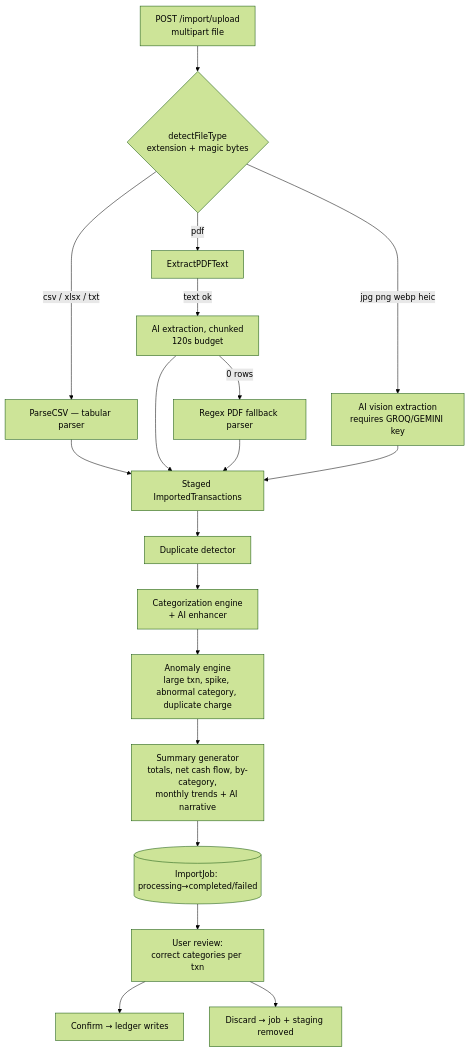
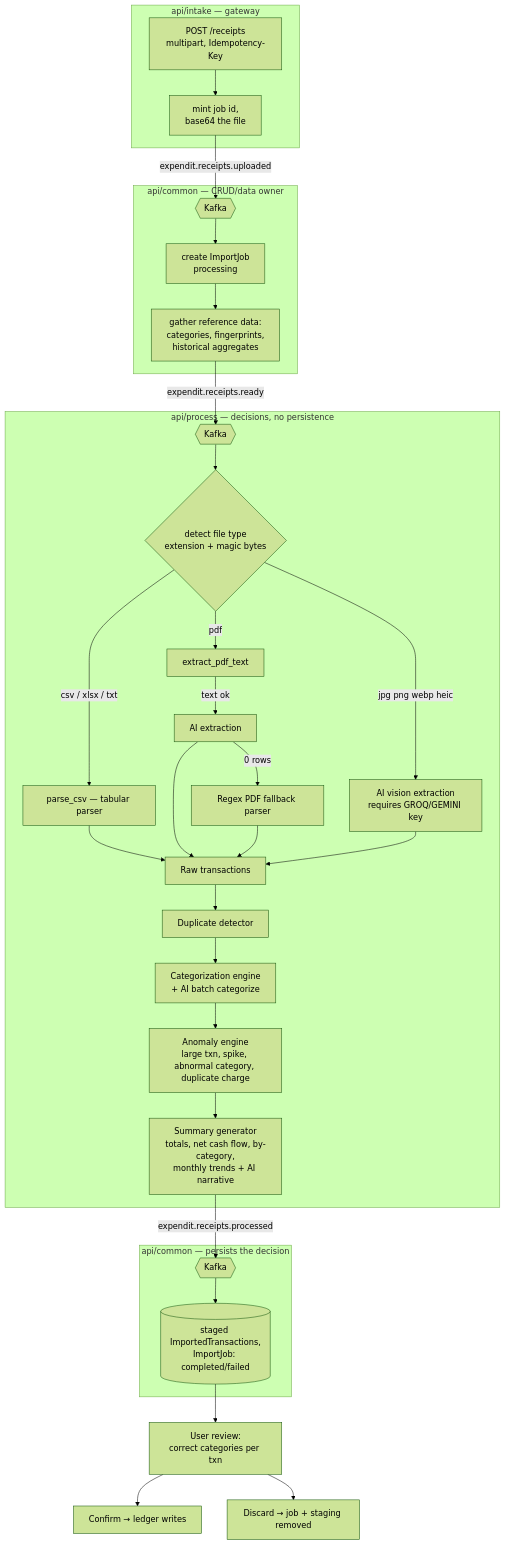
The third of 7 diagrams in docs/architecture.md (cuesoftinc/expendit), drawn with Mermaid (forest theme) before and after one commit. The commit also changed other lines of this file and 68 other files, not shown here.

````diff
--- a/docs/architecture.md
+++ b/docs/architecture.md
@@ -104,21 +152,42 @@
 ```mermaid
 flowchart TD
-    UP[POST /import/upload<br/>multipart file] --> DET{detectFileType<br/>extension + magic bytes}
-    DET -->|csv / xlsx / txt| CSV[ParseCSV — tabular parser]
-    DET -->|pdf| PDFT[ExtractPDFText]
-    PDFT -->|text ok| AIX[AI extraction, chunked<br/>120s budget]
-    AIX -->|0 rows| RGX[Regex PDF fallback parser]
-    DET -->|jpg png webp heic| VIS[AI vision extraction<br/>requires GROQ/GEMINI key]
-    CSV --> STAGE
-    AIX --> STAGE
-    RGX --> STAGE
-    VIS --> STAGE
-    STAGE[Staged ImportedTransactions] --> DUP[Duplicate detector]
-    DUP --> CAT[Categorization engine<br/>+ AI enhancer]
-    CAT --> ANOM[Anomaly engine<br/>large txn, spike, abnormal category, duplicate charge]
-    ANOM --> SUM[Summary generator<br/>totals, net cash flow, by-category,<br/>monthly trends + AI narrative]
-    SUM --> JOB[(ImportJob: processing→completed/failed)]
-    JOB --> REVIEW[User review:<br/>correct categories per txn]
+    subgraph "api/intake — gateway"
+        UP[POST /receipts<br/>multipart, Idempotency-Key] --> MINT[mint job id,<br/>base64 the file]
+    end
+
+    MINT -->|expendit.receipts.uploaded| K1{{Kafka}}
+
+    subgraph "api/common — CRUD/data owner"
+        K1 --> CREATE[create ImportJob<br/>processing]
+        CREATE --> REF[gather reference data:<br/>categories, fingerprints,<br/>historical aggregates]
+    end
+
+    REF -->|expendit.receipts.ready| K2{{Kafka}}
+
+    subgraph "api/process — decisions, no persistence"
+        K2 --> DET{detect file type<br/>extension + magic bytes}
+        DET -->|csv / xlsx / txt| CSV[parse_csv — tabular parser]
+        DET -->|pdf| PDFT[extract_pdf_text]
+        PDFT -->|text ok| AIX[AI extraction]
+        AIX -->|0 rows| RGX[Regex PDF fallback parser]
+        DET -->|jpg png webp heic| VIS[AI vision extraction<br/>requires GROQ/GEMINI key]
+        CSV --> RAW
+        AIX --> RAW
+        RGX --> RAW
+        VIS --> RAW
+        RAW[Raw transactions] --> DUP[Duplicate detector]
+        DUP --> CAT[Categorization engine<br/>+ AI batch categorize]
+        CAT --> ANOM[Anomaly engine<br/>large txn, spike, abnormal category, duplicate charge]
+        ANOM --> SUM[Summary generator<br/>totals, net cash flow, by-category,<br/>monthly trends + AI narrative]
+    end
+
+    SUM -->|expendit.receipts.processed| K3{{Kafka}}
+
+    subgraph "api/common — persists the decision"
+        K3 --> PERSIST[(staged ImportedTransactions,<br/>ImportJob: completed/failed)]
+    end
+
+    PERSIST --> REVIEW[User review:<br/>correct categories per txn]
     REVIEW --> CONFIRM[Confirm → ledger writes]
     REVIEW --> DISCARD[Discard → job + staging removed]
 ```
````
